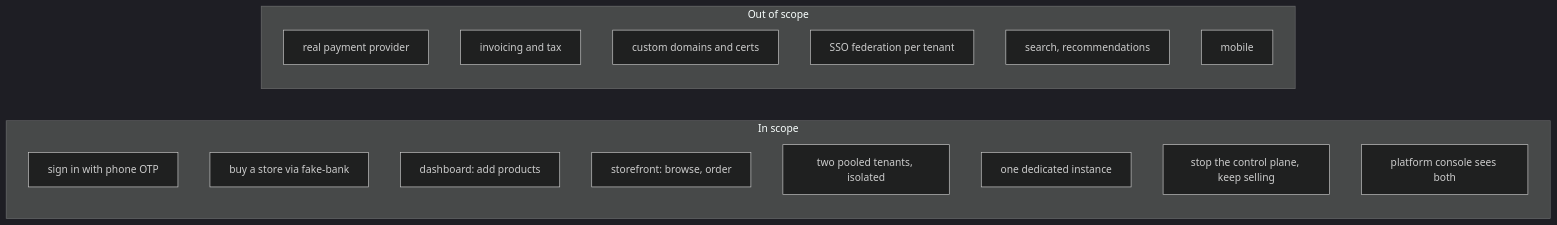
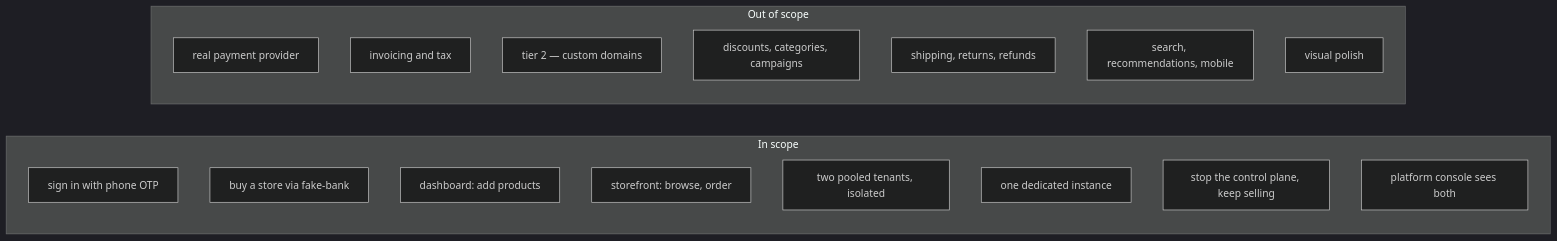
Diagram 12 of 12 in docs/architecture.md (erkantaylan/mercatus), drawn with Mermaid (dark theme) before and after one commit. The commit also changed other lines of this file and 2 other files, not shown here.

````diff
--- a/docs/architecture.md
+++ b/docs/architecture.md
@@ -484,24 +497,25 @@
 ```mermaid
 flowchart LR
     subgraph in["In scope"]
         direction TB
         i1["sign in with phone OTP"]
         i2["buy a store via fake-bank"]
         i3["dashboard: add products"]
         i4["storefront: browse, order"]
         i5["two pooled tenants, isolated"]
         i6["one dedicated instance"]
         i7["stop the control plane, keep selling"]
         i8["platform console sees both"]
     end
 
     subgraph out["Out of scope"]
         direction TB
         o1["real payment provider"]
         o2["invoicing and tax"]
-        o3["custom domains and certs"]
-        o4["SSO federation per tenant"]
-        o5["search, recommendations"]
-        o6["mobile"]
+        o3["tier 2 — custom domains"]
+        o4["discounts, categories, campaigns"]
+        o5["shipping, returns, refunds"]
+        o6["search, recommendations, mobile"]
+        o7["visual polish"]
     end
 ```
````
